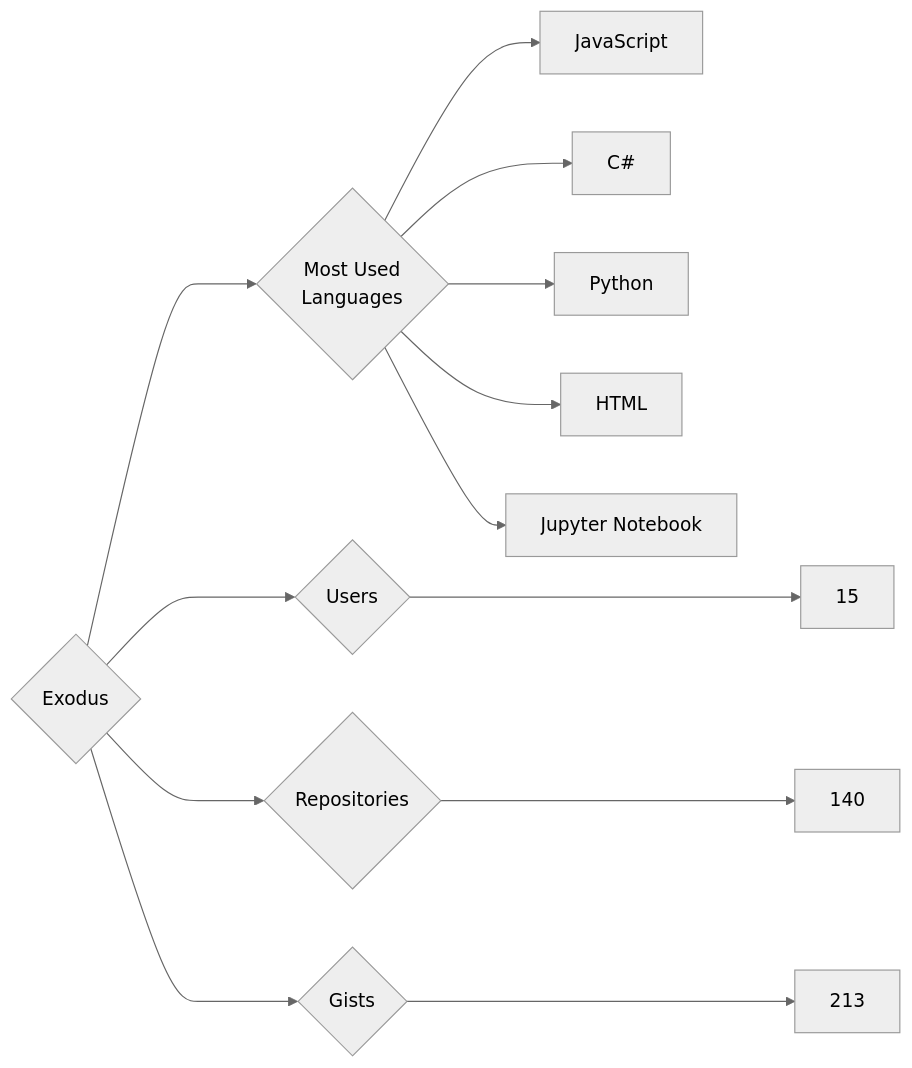
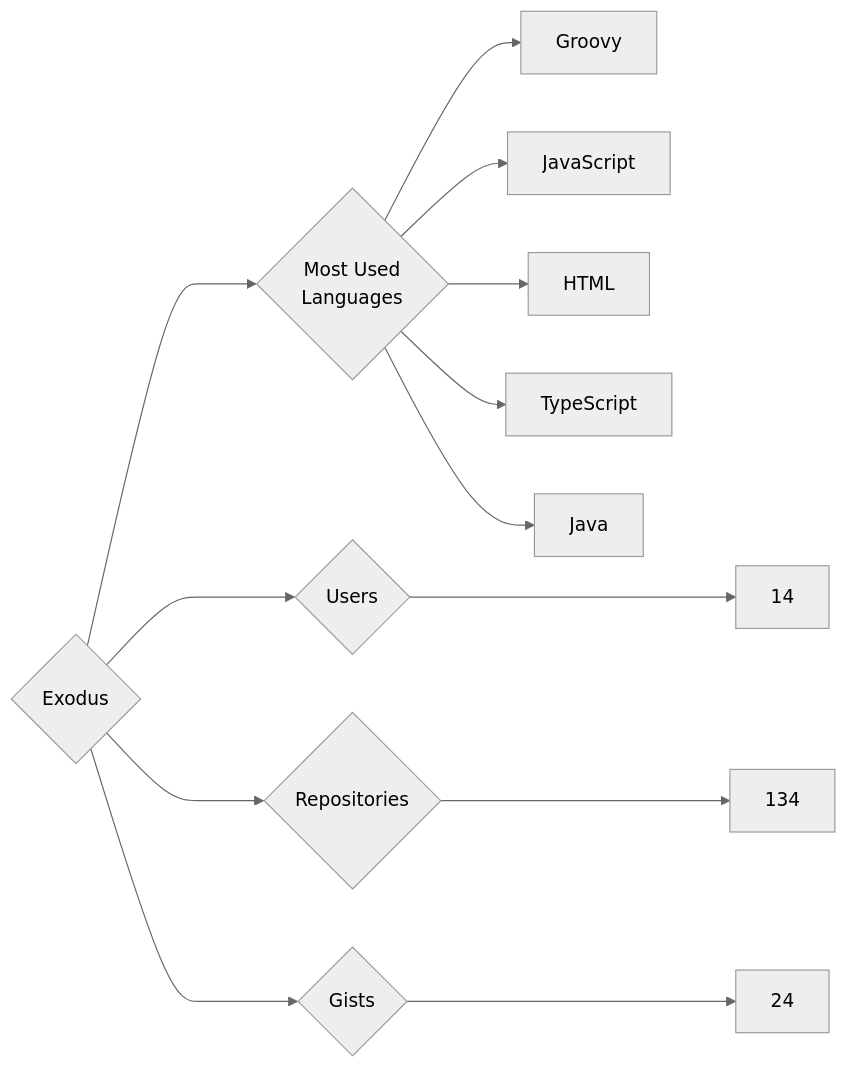
The diagram in targets/Exodus/README.md (trickest/insiders), drawn with Mermaid (neutral theme) before and after one commit. The commit also changed 681 other files, not shown here.

````diff
--- a/targets/Exodus/README.md
+++ b/targets/Exodus/README.md
@@ -3,13 +3,13 @@
 ```mermaid
 graph LR
 COMPANY_NAME{Exodus}
-COMPANY_NAME ---> U{Users} ---> UN[15]
-COMPANY_NAME ---> R{Repositories} ---> RN[140]
-COMPANY_NAME ---> G{Gists} ---> GN[213]
+COMPANY_NAME ---> U{Users} ---> UN[14]
+COMPANY_NAME ---> R{Repositories} ---> RN[134]
+COMPANY_NAME ---> G{Gists} ---> GN[24]
 COMPANY_NAME ---> ML{Most Used<br>Languages}
+ML --> Groovy[Groovy]
 ML --> JavaScript[JavaScript]
-ML --> C#[C#]
-ML --> Python[Python]
 ML --> HTML[HTML]
-ML --> Jupyter_Notebook[Jupyter Notebook]
+ML --> TypeScript[TypeScript]
+ML --> Java[Java]
 ```
````
